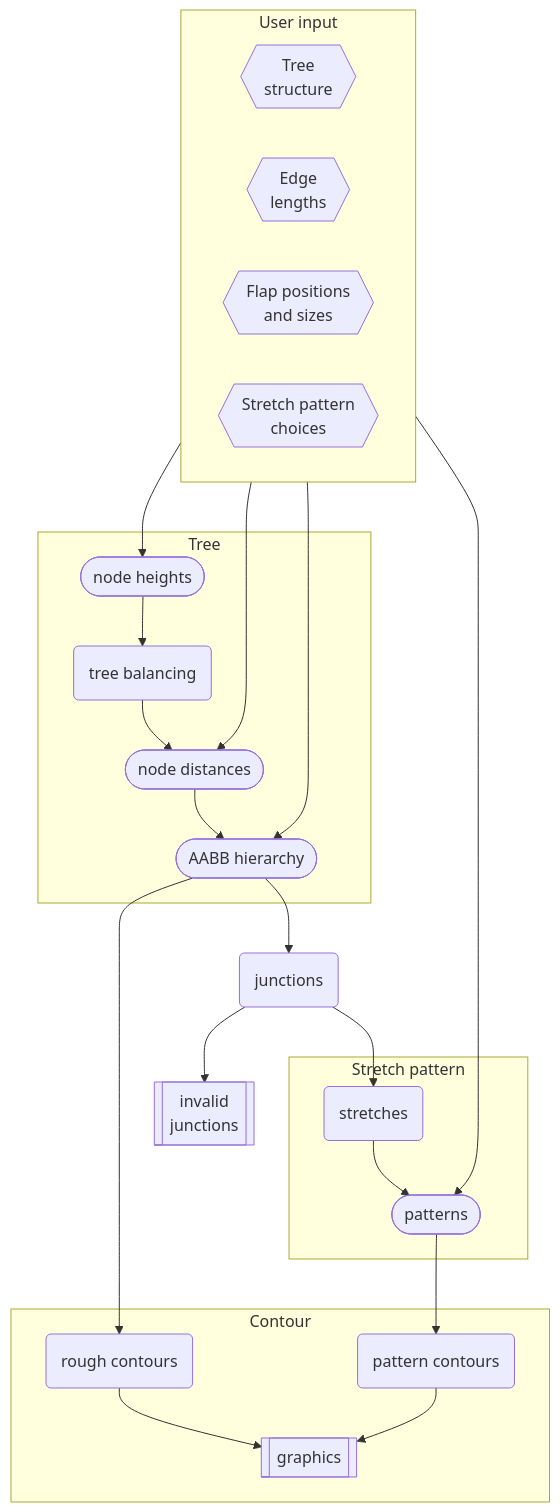
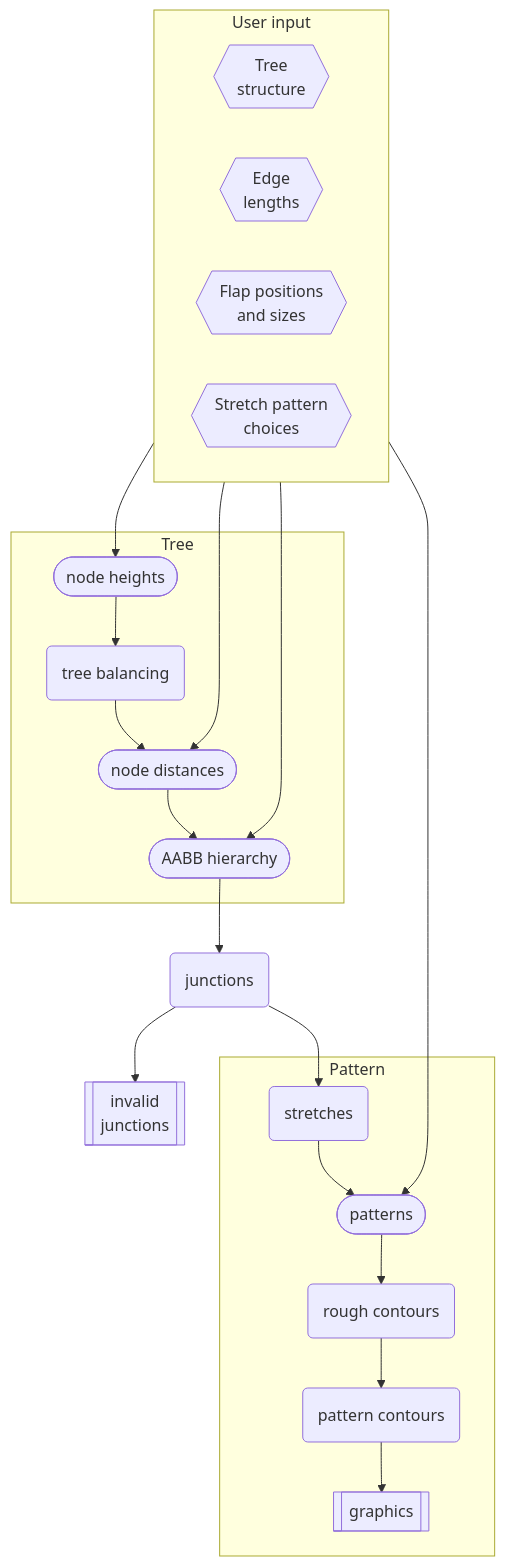
The diagram in src/core/README.md (bp-studio/box-pleating-studio), drawn with Mermaid before and after one commit. The commit also changed 10 other files, not shown here.

````diff
--- a/src/core/README.md
+++ b/src/core/README.md
@@ -27,33 +27,31 @@
 ```mermaid
 flowchart TB
 subgraph User input
 	direction LR
 	T{{Tree\nstructure}}
 	L{{Edge\nlengths}}
 	F{{Flap positions\nand sizes}}
 	P{{Stretch pattern\nchoices}}
 end
 subgraph Tree
 	h([node heights])
 	b(tree balancing)
 	d([node distances])
 	a([AABB hierarchy])
 end
 j(junctions)
 i[[invalid\njunctions]]
-subgraph Stretch pattern
+subgraph Pattern
 	s(stretches)
 	p([patterns])
-end
-subgraph Contour
 	rc(rough contours)
 	pc(pattern contours)
 	g[[graphics]]
 end
 
 T --> h --> b
 b & L --> d
-d & F --> a --> rc --> g
-a --> j --> i & s
-s & P --> p --> pc --> g
+d & F --> a --> j --> i & s
+rc --> pc --> g
+s & P --> p --> rc
 ```
````
